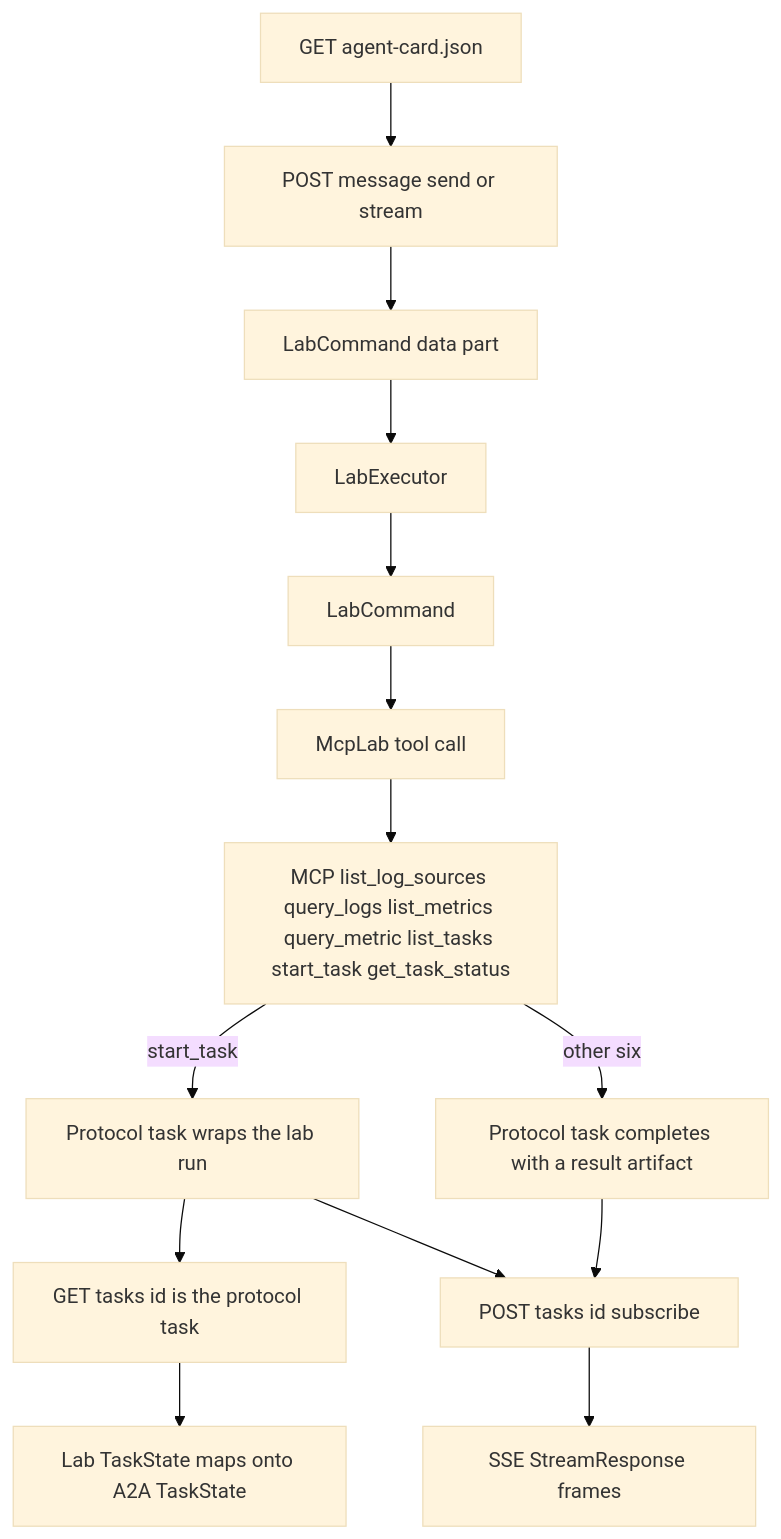
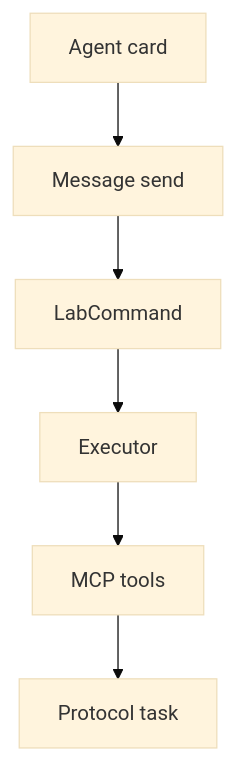
Before and after one commit to A3Analytics/a2a-lab-dev-kit-rs: the diagram in backlog/docs/reference/a2a/doc-4 - A2A.md, drawn with Mermaid (base theme). The commit also changed other lines of this file and 20 other files, not shown here.

````diff
--- a/backlog/docs/reference/a2a/doc-4 - A2A.md
+++ b/backlog/docs/reference/a2a/doc-4 - A2A.md
@@ -17,16 +29,10 @@
 ```mermaid
 flowchart TD
-  card["GET agent-card.json"] --> send["POST message send or stream"]
-  send --> command["LabCommand data part"]
-  command --> exec["LabExecutor"]
-  exec --> kind["LabCommand"]
-  kind --> mcpLab["McpLab tool call"]
-  mcpLab --> tools["MCP list_log_sources query_logs list_metrics query_metric list_tasks start_task get_task_status"]
-  tools -->|start_task| runTask["Protocol task wraps the lab run"]
-  tools -->|other six| doneTask["Protocol task completes with a result artifact"]
-  runTask --> reload["GET tasks id is the protocol task"]
-  reload --> mapped["Lab TaskState maps onto A2A TaskState"]
-  runTask --> sse["POST tasks id subscribe"]
-  doneTask --> sse
-  sse --> events["SSE StreamResponse frames"]
+  accTitle: A2A lab command path
+  accDescr: The agent card leads to message send. Message send carries a LabCommand to the executor. The executor calls MCP tools. MCP tools return a protocol task.
+  card["Agent card"] --> send["Message send"]
+  send --> command["LabCommand"]
+  command --> executor["Executor"]
+  executor --> tools["MCP tools"]
+  tools --> task["Protocol task"]
 ```
````
